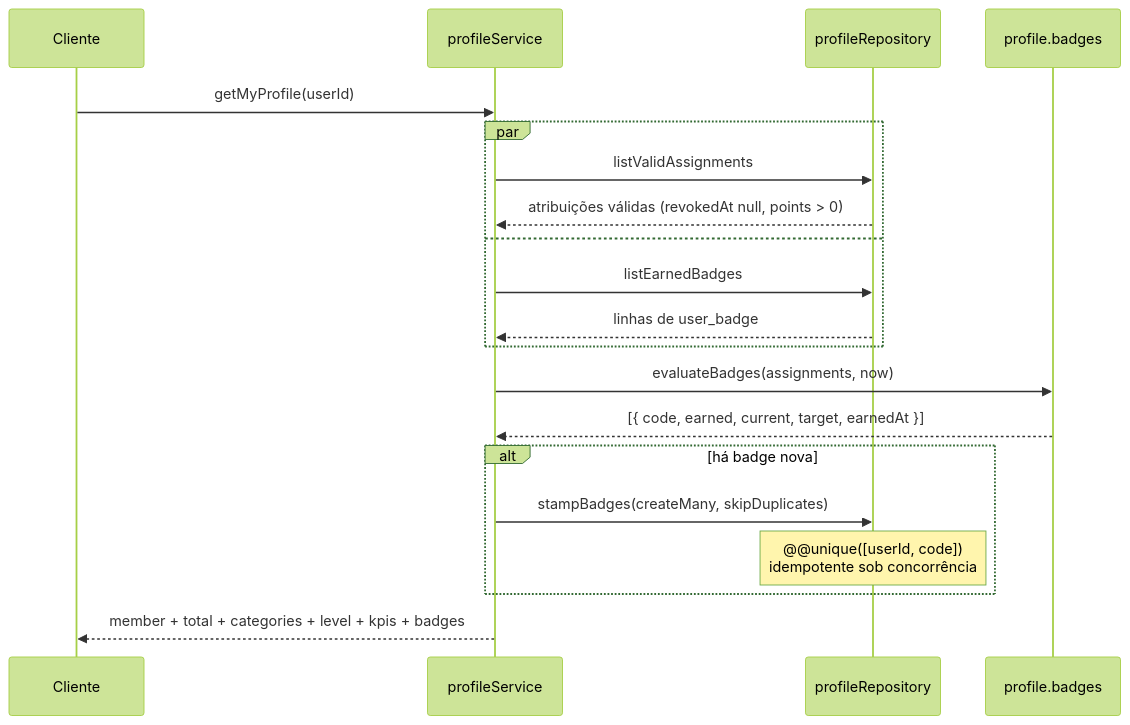
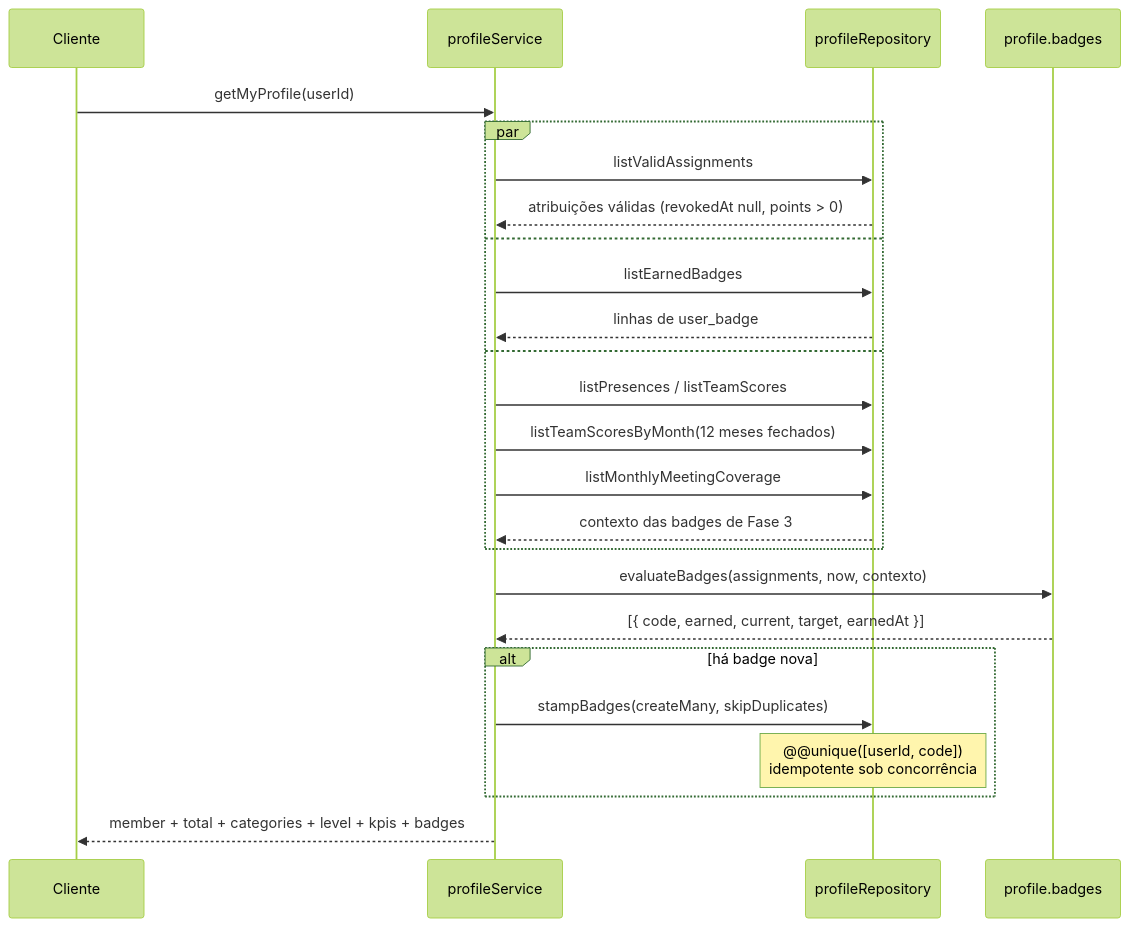
The first of 3 diagrams in docs/modules/profile.md (TiagoM13/kpi-corp), drawn with Mermaid (forest theme) before and after one commit. The commit also changed other lines of this file and 19 other files, not shown here.

````diff
--- a/docs/modules/profile.md
+++ b/docs/modules/profile.md
@@ -49,23 +61,28 @@
 ```mermaid
 sequenceDiagram
     participant C as Cliente
     participant S as profileService
     participant R as profileRepository
     participant B as profile.badges
 
     C->>S: getMyProfile(userId)
     par
         S->>R: listValidAssignments
         R-->>S: atribuições válidas (revokedAt null, points > 0)
     and
         S->>R: listEarnedBadges
         R-->>S: linhas de user_badge
+    and
+        S->>R: listPresences / listTeamScores
+        S->>R: listTeamScoresByMonth(12 meses fechados)
+        S->>R: listMonthlyMeetingCoverage
+        R-->>S: contexto das badges de Fase 3
     end
-    S->>B: evaluateBadges(assignments, now)
+    S->>B: evaluateBadges(assignments, now, contexto)
     B-->>S: [{ code, earned, current, target, earnedAt }]
     alt há badge nova
         S->>R: stampBadges(createMany, skipDuplicates)
         Note over R: @@unique([userId, code])<br/>idempotente sob concorrência
     end
     S-->>C: member + total + categories + level + kpis + badges
 ```
````
